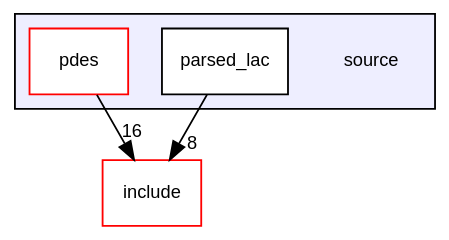
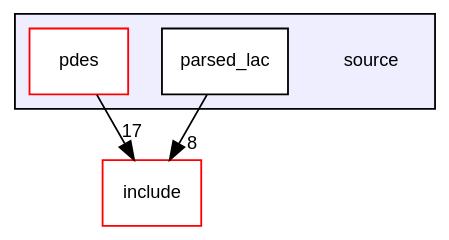
One commit to luca-heltai/fsi-suite changed the diagram in dir_b2f33c71d4aa5e7af42a1ca61ff5af1b_dep.dot. Above: the diagram before and after it, drawn with Graphviz. The commit also changed 899 other files, not shown here.

```diff
--- a/dir_b2f33c71d4aa5e7af42a1ca61ff5af1b_dep.dot
+++ b/dir_b2f33c71d4aa5e7af42a1ca61ff5af1b_dep.dot
@@ -1,15 +1,15 @@
 digraph "source" {
   bgcolor=transparent;
   compound=true
   node [ fontsize="10", fontname="Helvetica"];
   edge [ labelfontsize="10", labelfontname="Helvetica"];
   subgraph clusterdir_b2f33c71d4aa5e7af42a1ca61ff5af1b {
     graph [ bgcolor="#eeeeff", pencolor="black", label="" URL="dir_b2f33c71d4aa5e7af42a1ca61ff5af1b.html"];
     dir_b2f33c71d4aa5e7af42a1ca61ff5af1b [shape=plaintext label="source"];
     dir_391f36ef54c6909ec58be9eca8862451 [shape=box label="parsed_lac" color="black" fillcolor="white" style="filled" URL="dir_391f36ef54c6909ec58be9eca8862451.html"];
     dir_863924b7d266e6f7561da03323982265 [shape=box label="pdes" color="red" fillcolor="white" style="filled" URL="dir_863924b7d266e6f7561da03323982265.html"];
   }
   dir_d44c64559bbebec7f509842c48db8b23 [shape=box label="include" color="red" URL="dir_d44c64559bbebec7f509842c48db8b23.html"];
-  dir_863924b7d266e6f7561da03323982265->dir_d44c64559bbebec7f509842c48db8b23 [headlabel="16", labeldistance=1.5 headhref="dir_000010_000002.html"];
+  dir_863924b7d266e6f7561da03323982265->dir_d44c64559bbebec7f509842c48db8b23 [headlabel="17", labeldistance=1.5 headhref="dir_000010_000002.html"];
   dir_391f36ef54c6909ec58be9eca8862451->dir_d44c64559bbebec7f509842c48db8b23 [headlabel="8", labeldistance=1.5 headhref="dir_000009_000002.html"];
 }
```
